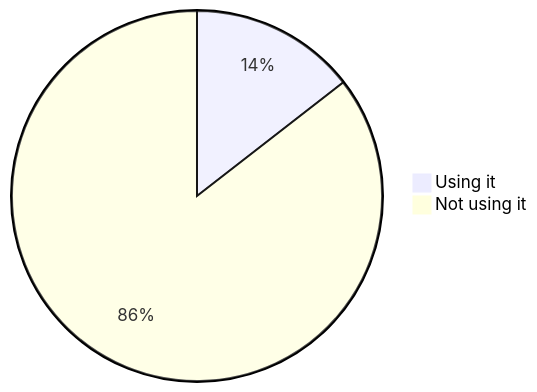
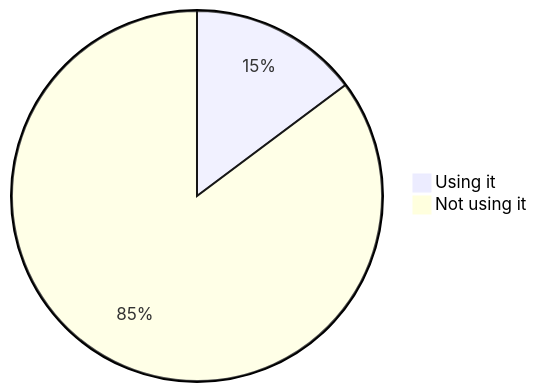
Before and after one commit to oshp/oshp-stats: the fourth of 22 diagrams in stats.md, drawn with Mermaid. The commit also changed other lines of this file, not shown here.

````diff
--- a/stats.md
+++ b/stats.md
@@ -46,6 +46,6 @@
 ```mermaid
 pie
-	"Using it" : 14.49
-	"Not using it" : 85.51
+	"Using it" : 14.78
+	"Not using it" : 85.22
 
 ```
````
